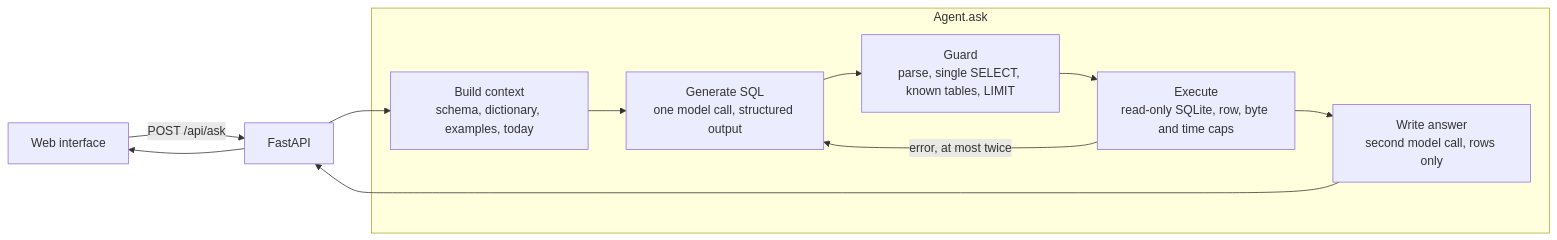
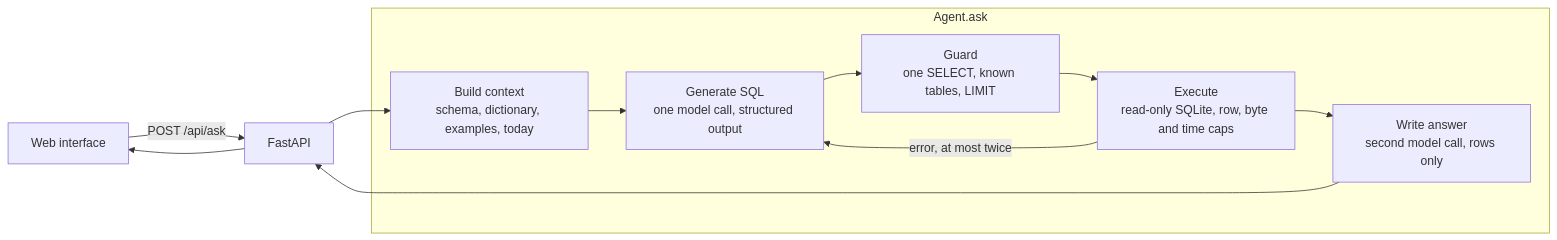
The diagram in README.md (hmalik-dev/bse-nlq-agent), drawn with Mermaid before and after one commit. The commit also changed other lines of this file and 18 other files, not shown here.

````diff
--- a/README.md
+++ b/README.md
@@ -166,13 +60,13 @@
 ```mermaid
 flowchart LR
     UI[Web interface] -->|POST /api/ask| API[FastAPI]
     API --> A
     subgraph Agent.ask
         A[Build context<br/>schema, dictionary, examples, today] --> B[Generate SQL<br/>one model call, structured output]
-        B --> C[Guard<br/>parse, single SELECT, known tables, LIMIT]
+        B --> C[Guard<br/>one SELECT, known tables, LIMIT]
         C --> D[Execute<br/>read-only SQLite, row, byte and time caps]
         D -->|error, at most twice| B
         D --> E[Write answer<br/>second model call, rows only]
     end
     E --> API --> UI
 ```
````
